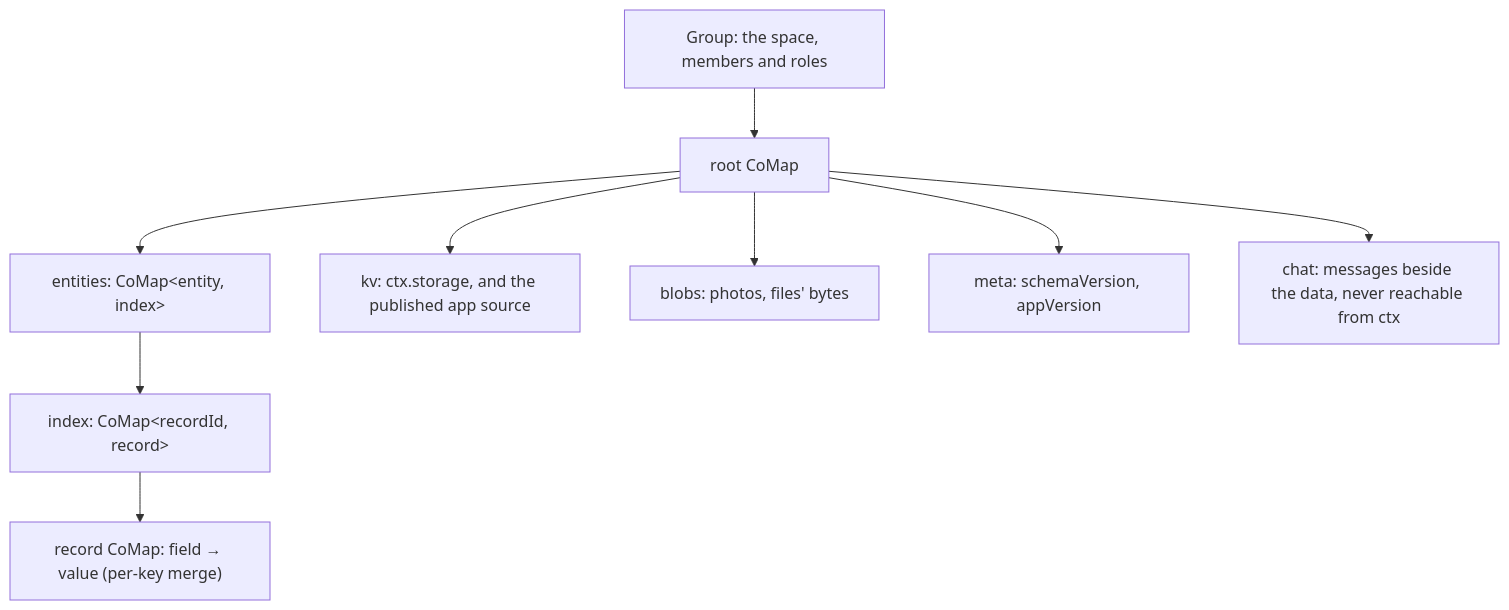
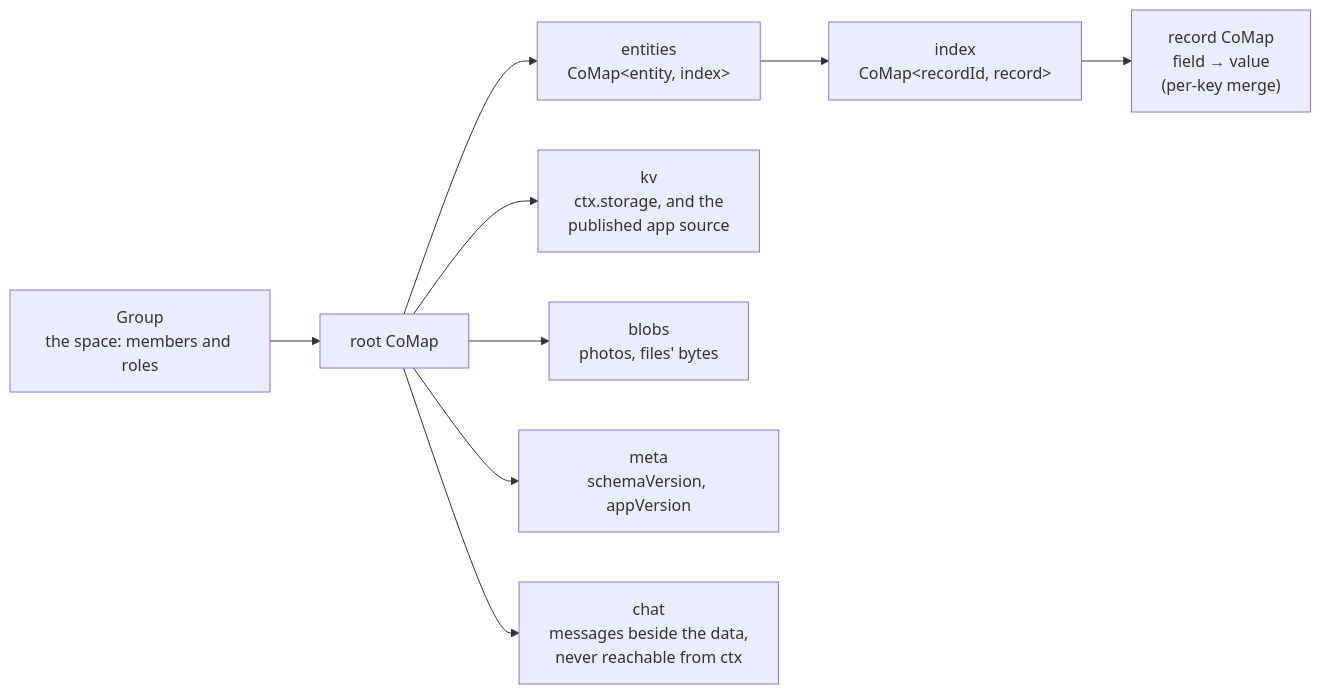
One commit to potyro-app/potyro changed the fifth of 9 diagrams in docs/00-how-potyro-works.md. Above: the diagram before and after it, drawn with Mermaid. The commit also changed other lines of this file, not shown here.

Commit message:
docs: 00 — diagrams that parse and fit a page column
The move-flow sequence diagram did not parse: a semicolon ends a Mermaid
statement, so the note broke the whole diagram. The other diagrams wrap
their labels and turn so they fit a narrow column. Taken from the
docs-site commit (site/start), where these edits first appeared.

````diff
--- a/docs/00-how-potyro-works.md
+++ b/docs/00-how-potyro-works.md
@@ -447,11 +447,11 @@
 ```mermaid
-flowchart TB
-  G[Group: the space, members and roles] --> root[root CoMap]
-  root --> ent["entities: CoMap&lt;entity, index&gt;"]
-  ent --> idx["index: CoMap&lt;recordId, record&gt;"]
-  idx --> rec["record CoMap: field → value (per-key merge)"]
-  root --> kv["kv: ctx.storage, and the published app source"]
-  root --> blobs["blobs: photos, files' bytes"]
-  root --> meta["meta: schemaVersion, appVersion"]
-  root --> chat["chat: messages beside the data, never reachable from ctx"]
+flowchart LR
+  G["Group<br/>the space: members and roles"] --> root["root CoMap"]
+  root --> ent["entities<br/>CoMap&lt;entity, index&gt;"]
+  ent --> idx["index<br/>CoMap&lt;recordId, record&gt;"]
+  idx --> rec["record CoMap<br/>field → value<br/>(per-key merge)"]
+  root --> kv["kv<br/>ctx.storage, and the<br/>published app source"]
+  root --> blobs["blobs<br/>photos, files' bytes"]
+  root --> meta["meta<br/>schemaVersion, appVersion"]
+  root --> chat["chat<br/>messages beside the data,<br/>never reachable from ctx"]
 ```
````
